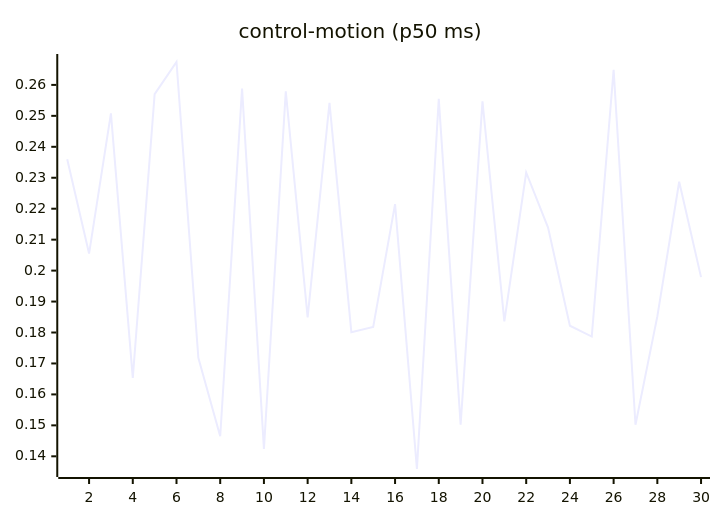
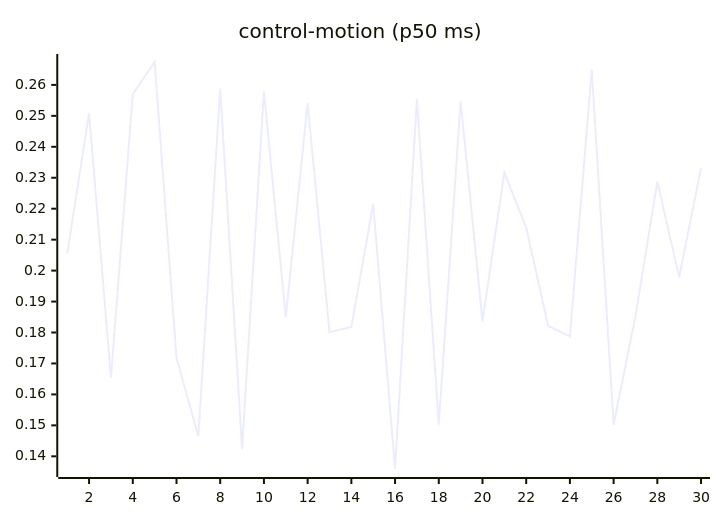
The seventh of 27 diagrams in README.md (josha/Facet), drawn with Mermaid before and after one commit. The commit also changed other lines of this file and 2 other files, not shown here.

````diff
--- a/README.md
+++ b/README.md
@@ -105,6 +105,6 @@
 ```mermaid
 xychart-beta
     title "control-motion (p50 ms)"
     x-axis 1 --> 30
-    line [0.2360, 0.2055, 0.2508, 0.1653, 0.2570, 0.2674, 0.1718, 0.1465, 0.2588, 0.1424, 0.2579, 0.1849, 0.2542, 0.1801, 0.1818, 0.2215, 0.1359, 0.2555, 0.1502, 0.2547, 0.1836, 0.2317, 0.2139, 0.1822, 0.1787, 0.2649, 0.1502, 0.1852, 0.2287, 0.1979]
+    line [0.2055, 0.2508, 0.1653, 0.2570, 0.2674, 0.1718, 0.1465, 0.2588, 0.1424, 0.2579, 0.1849, 0.2542, 0.1801, 0.1818, 0.2215, 0.1359, 0.2555, 0.1502, 0.2547, 0.1836, 0.2317, 0.2139, 0.1822, 0.1787, 0.2649, 0.1502, 0.1852, 0.2287, 0.1979, 0.2331]
 ```
````
